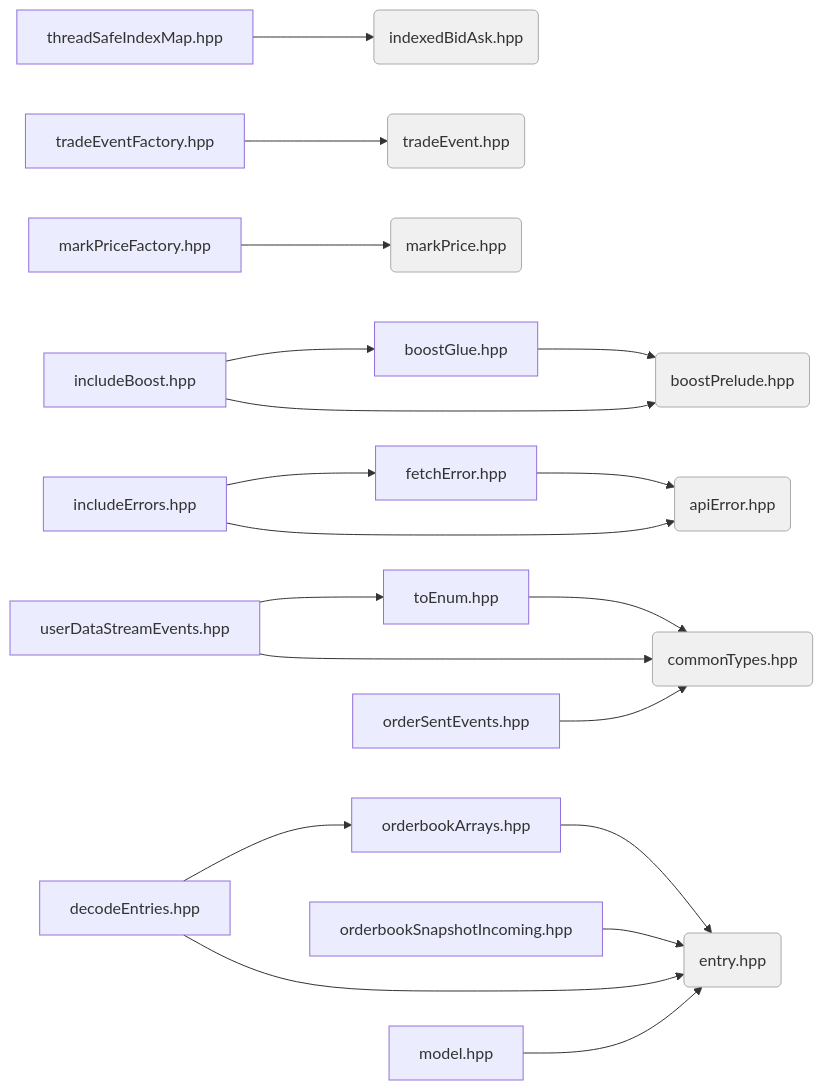
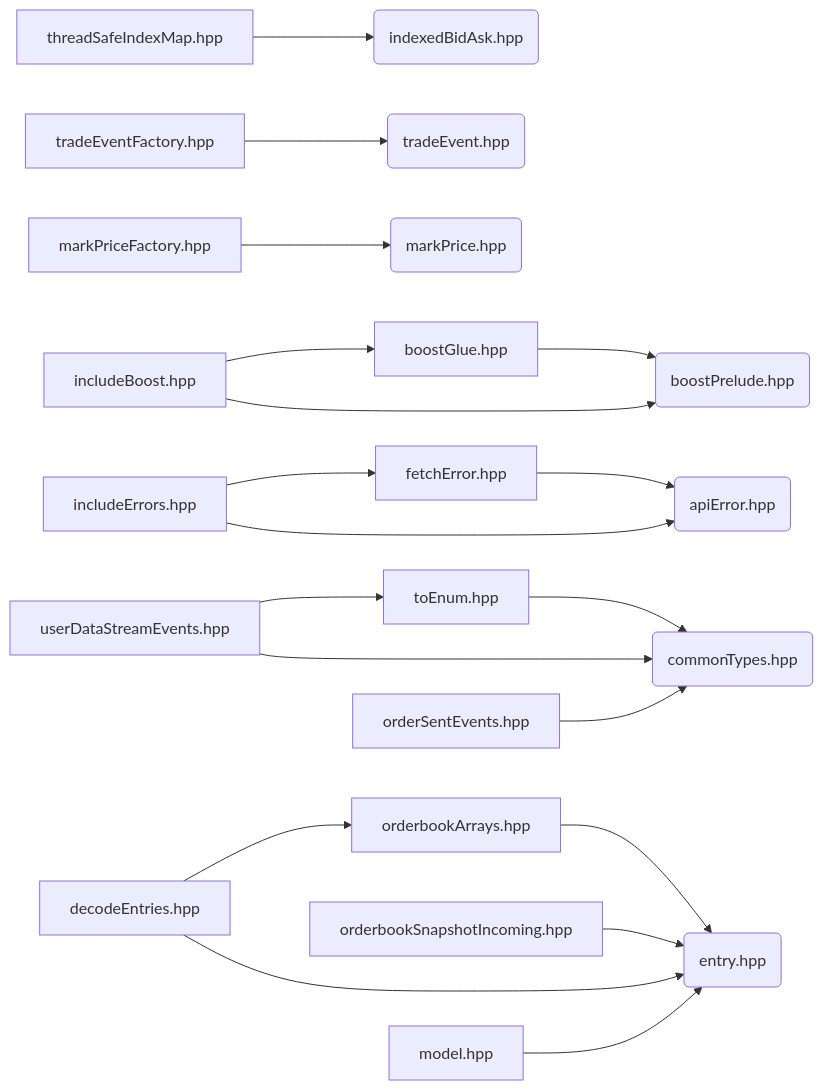
One commit to Datakan13/AstraConnect changed the second of 6 diagrams in doc/DEPENDENCY_GRAPH.md. Above: the diagram before and after it, drawn with Mermaid. The commit also changed other lines of this file, not shown here.

Commit message:
Fixed dependency graph

````diff
--- a/doc/DEPENDENCY_GRAPH.md
+++ b/doc/DEPENDENCY_GRAPH.md
@@ -95,31 +95,30 @@
 ```mermaid
 graph LR
-    classDef found fill:#f0f0f0,stroke:#aaa
 
-    BP(boostPrelude.hpp):::found
-    AE(apiError.hpp):::found
-    CT(commonTypes.hpp):::found
-    IBA(indexedBidAsk.hpp):::found
-    EN(entry.hpp):::found
-    TR(tradeEvent.hpp):::found
-    MP(markPrice.hpp):::found
+    BP(boostPrelude.hpp)
+    AE(apiError.hpp)
+    CT(commonTypes.hpp)
+    IBA(indexedBidAsk.hpp)
+    EN(entry.hpp)
+    TR(tradeEvent.hpp)
+    MP(markPrice.hpp)
 
     BG[boostGlue.hpp]                  --> BP
     IB[includeBoost.hpp]               --> BP
     IB                                 --> BG
     FE[fetchError.hpp]                 --> AE
     IE[includeErrors.hpp]              --> AE
     IE                                 --> FE
     TE[toEnum.hpp]                     --> CT
     USE[userDataStreamEvents.hpp]      --> CT
     USE                                --> TE
     TF[tradeEventFactory.hpp]          --> TR
     MF[markPriceFactory.hpp]           --> MP
     OSE[orderSentEvents.hpp]           --> CT
     OBA[orderbookArrays.hpp]           --> EN
     OBS[orderbookSnapshotIncoming.hpp] --> EN
     TSI[threadSafeIndexMap.hpp]        --> IBA
     DE[decodeEntries.hpp]              --> EN
     DE                                 --> OBA
     MM[model.hpp]                      --> EN
 ```
````
